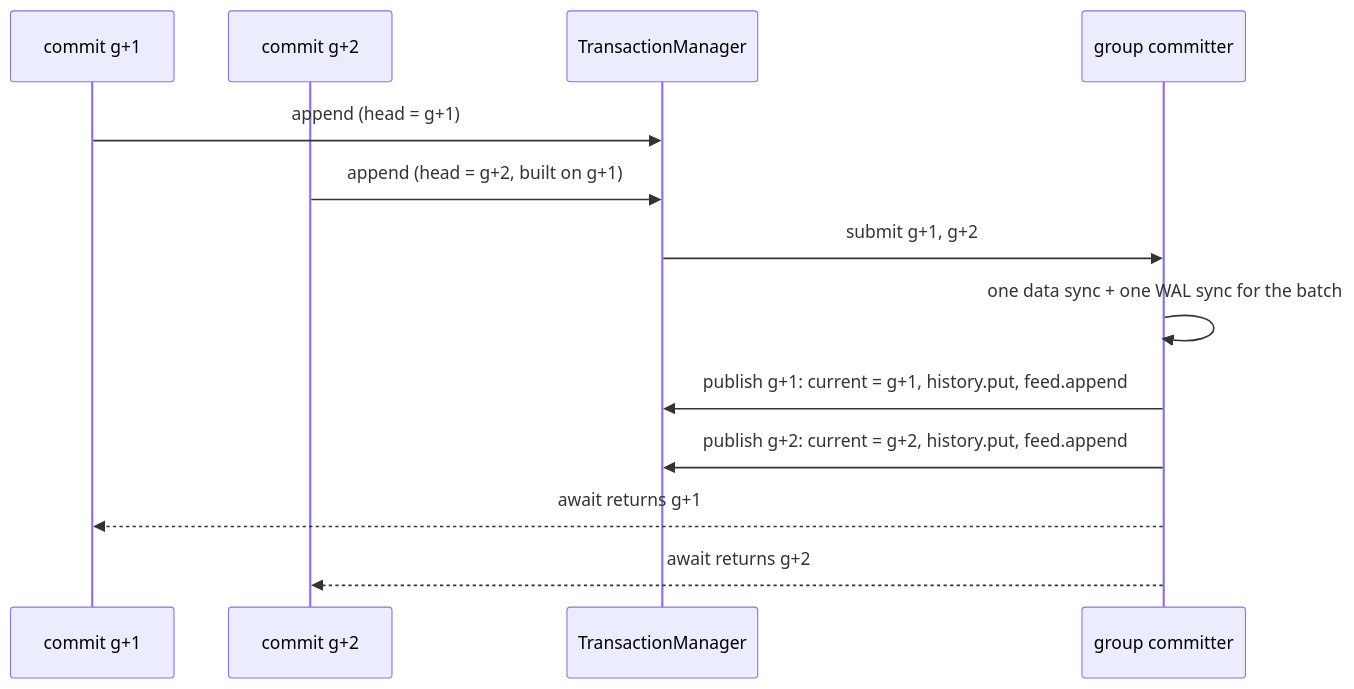
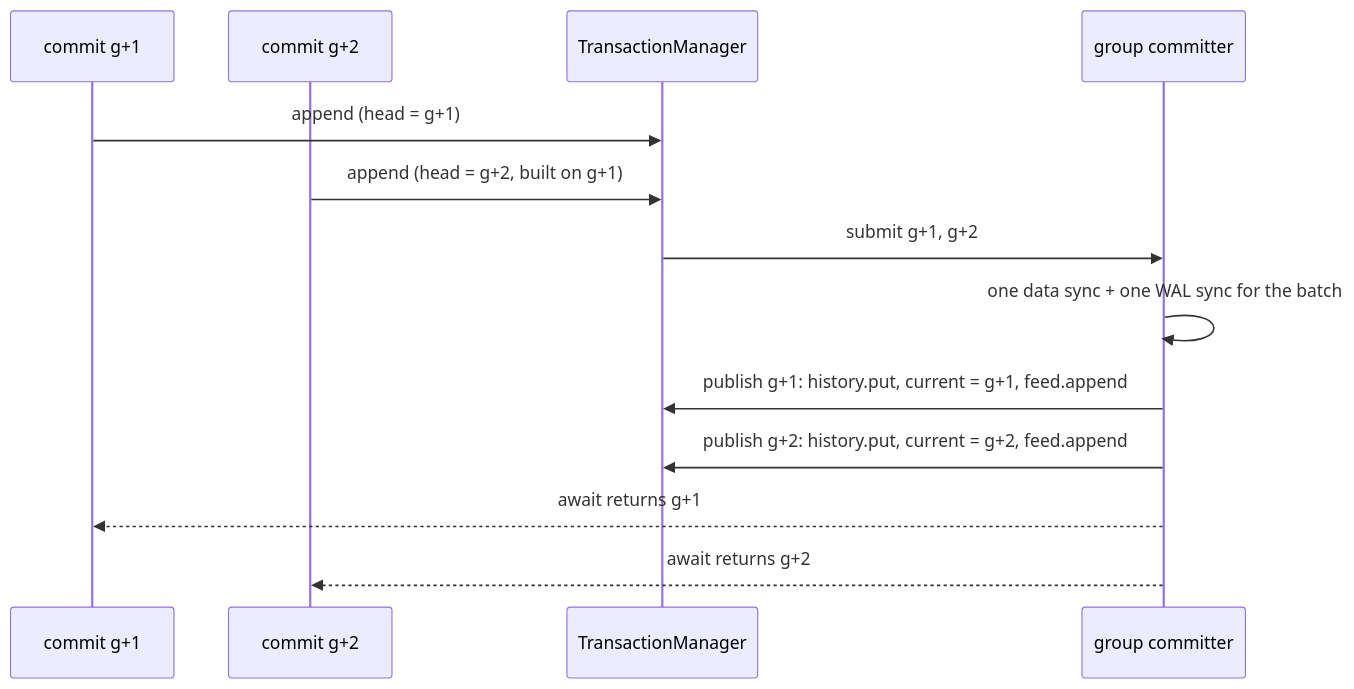
The diagram in docs/storage/catalog-and-generations.md (Ujjwaljain16/hypergraph), drawn with Mermaid before and after one commit. The commit also changed other lines of this file and 12 other files, not shown here.

````diff
--- a/docs/storage/catalog-and-generations.md
+++ b/docs/storage/catalog-and-generations.md
@@ -75,15 +77,15 @@
 ```mermaid
 sequenceDiagram
     participant T1 as commit g+1
     participant T2 as commit g+2
     participant TM as TransactionManager
     participant GC as group committer
     T1->>TM: append (head = g+1)
     T2->>TM: append (head = g+2, built on g+1)
     TM->>GC: submit g+1, g+2
     GC->>GC: one data sync + one WAL sync for the batch
-    GC->>TM: publish g+1: current = g+1, history.put, feed.append
-    GC->>TM: publish g+2: current = g+2, history.put, feed.append
+    GC->>TM: publish g+1: history.put, current = g+1, feed.append
+    GC->>TM: publish g+2: history.put, current = g+2, feed.append
     GC-->>T1: await returns g+1
     GC-->>T2: await returns g+2
 ```
````
